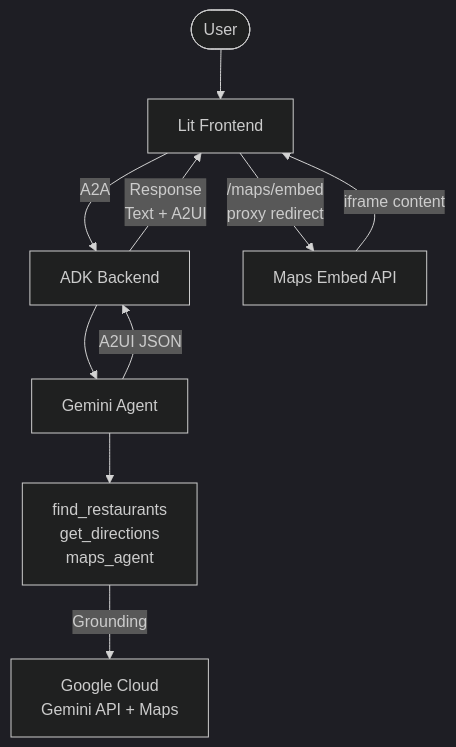
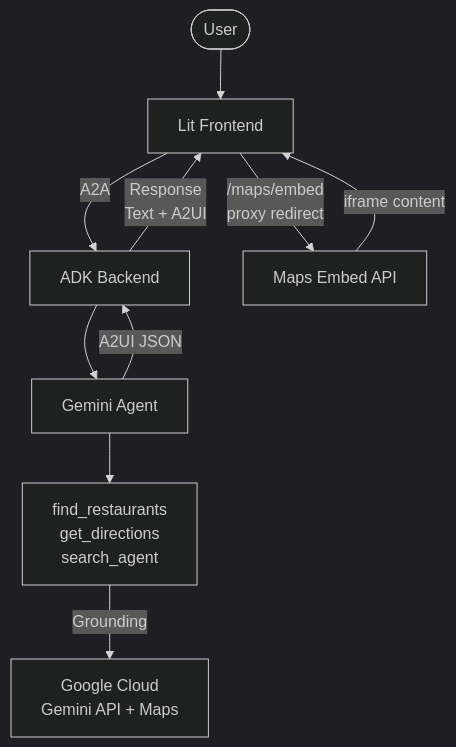
The first of 3 diagrams in README.md (wadave/agent-a2ui-demo), drawn with Mermaid (dark theme) before and after one commit. The commit also changed other lines of this file and 8 other files, not shown here.

````diff
--- a/README.md
+++ b/README.md
@@ -17,12 +30,12 @@
 ```mermaid
 graph TB
     User([User]) --> Frontend[Lit Frontend]
     Frontend -->|A2A | Backend[ADK Backend]
     Backend --> Agent[Gemini Agent]
-    Agent --> Tools[find_restaurants<br/>get_directions<br/>maps_agent]
+    Agent --> Tools[find_restaurants<br/>get_directions<br/>search_agent]
     Tools -->|Grounding| GCP[Google Cloud<br/>Gemini API + Maps]
     Agent -->|A2UI JSON| Backend
     Backend -->|"Response<br/>Text + A2UI"| Frontend
     Frontend -->|"/maps/embed<br/>proxy redirect"| MapsEmbed[Maps Embed API]
     MapsEmbed -->|iframe content| Frontend
 ```
````
